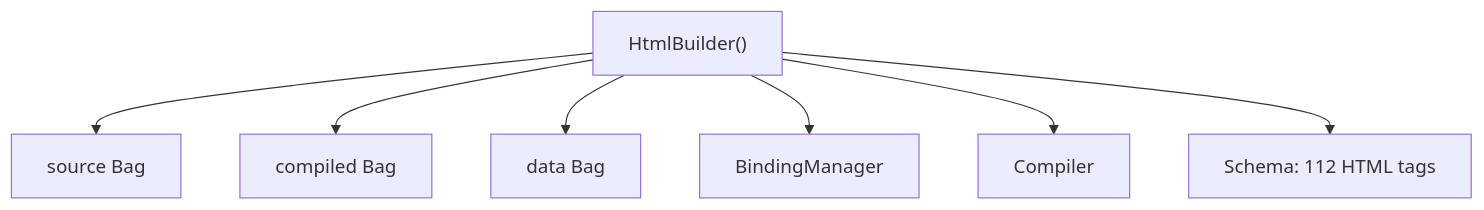
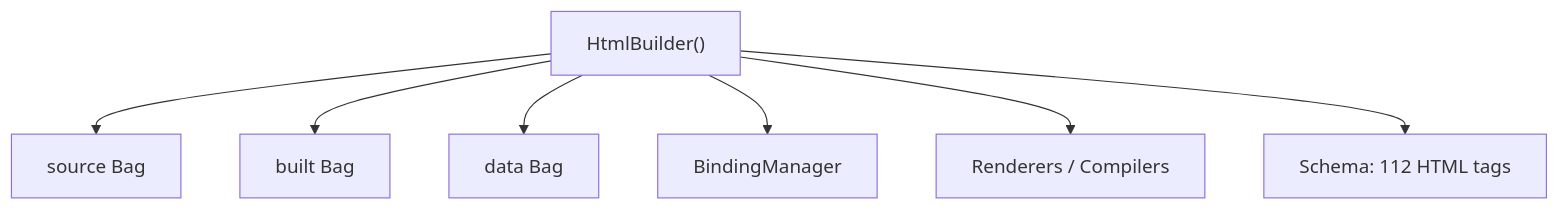
One commit to genropy/genro-builders changed the first of 3 diagrams in docs/builders/architecture.md. Above: the diagram before and after it, drawn with Mermaid. The commit also changed other lines of this file and 14 other files, not shown here.

````diff
--- a/docs/builders/architecture.md
+++ b/docs/builders/architecture.md
@@ -5,9 +5,9 @@
 ```{mermaid}
 flowchart TB
     A["HtmlBuilder()"] --> B[source Bag]
-    A --> C[compiled Bag]
+    A --> C[built Bag]
     A --> D[data Bag]
     A --> E[BindingManager]
-    A --> F[Compiler]
+    A --> F["Renderers / Compilers"]
     A --> G[Schema: 112 HTML tags]
 ```
````
